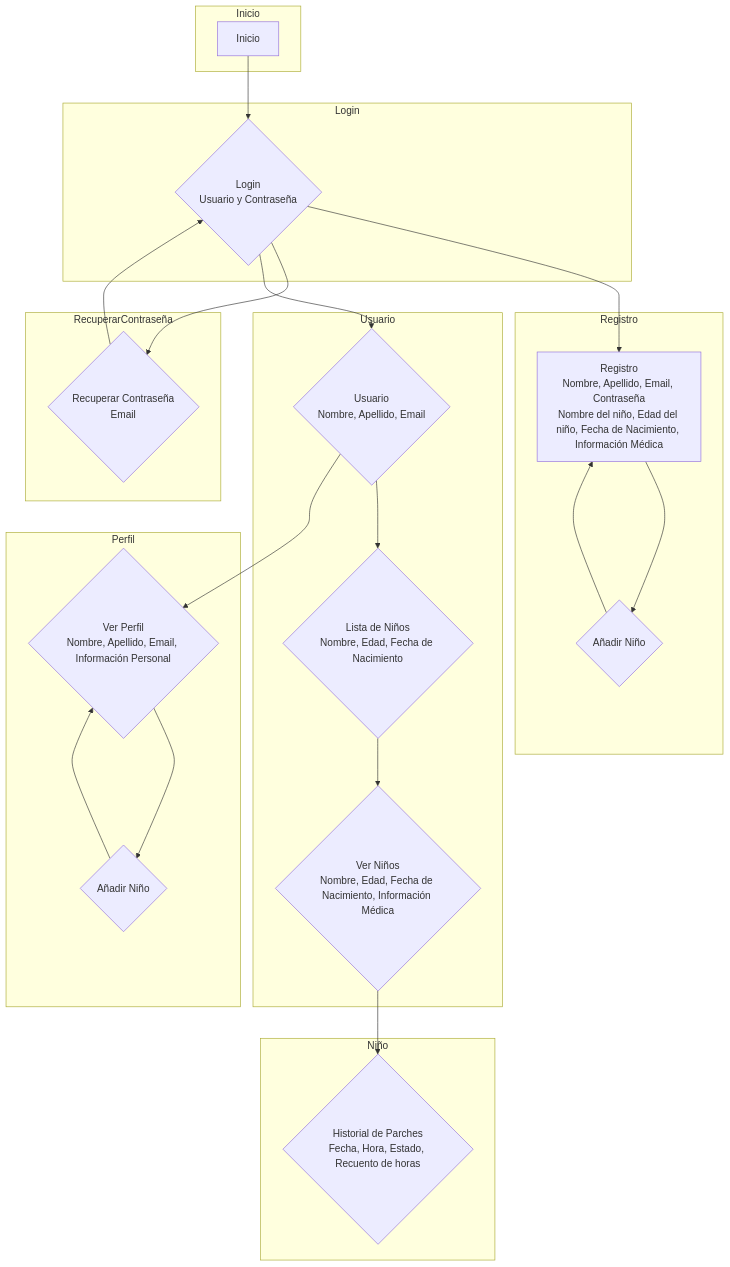
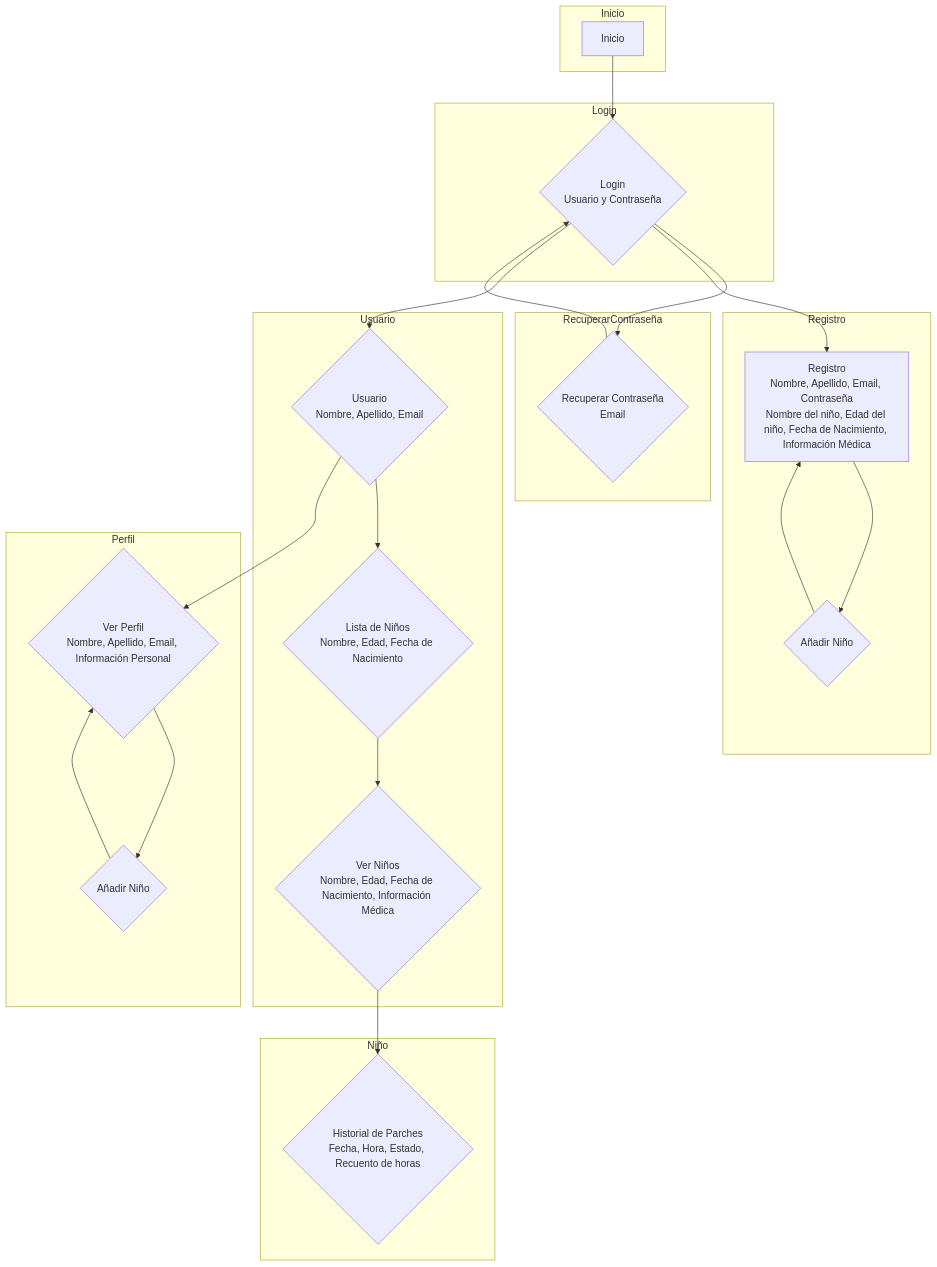
Before and after one commit to mactiburon/tapatapp: the diagram in Prototype1/DiagramaVista.mermaid, drawn with Mermaid. The commit also changed other lines of this file, not shown here.

Commit message:
DiagramaVista.mermaid

```diff
--- a/Prototype1/DiagramaVista.mermaid
+++ b/Prototype1/DiagramaVista.mermaid
@@ -1,40 +1,40 @@
 flowchart TD;
     subgraph Inicio
         A[Inicio]
     end
     subgraph Login
         B{Login<br>Usuario y Contraseña}
     end
     subgraph RecuperarContraseña
         F{Recuperar Contraseña<br>Email}
     end
     subgraph Registro
         C[Registro<br>Nombre, Apellido, Email, Contraseña<br>Nombre del niño, Edad del niño, Fecha de Nacimiento, Información Médica]
         E{Añadir Niño}
     end
     subgraph Usuario
         G{Usuario<br>Nombre, Apellido, Email}
         H{Lista de Niños<br>Nombre, Edad, Fecha de Nacimiento}
         I{Ver Niños<br>Nombre, Edad, Fecha de Nacimiento, Información Médica}
     end
     subgraph Perfil
         J{Ver Perfil<br>Nombre, Apellido, Email, Información Personal}
         L{Añadir Niño}
     end
     subgraph Niño
         K{Historial de Parches<br>Fecha, Hora, Estado, Recuento de horas}
     end
 
     A --> B
-    B --> C
     B --> F
     F --> B
+    B --> C
     C --> E
     E --> C
     B --> G
     G --> H
     G --> J
     H --> I
     I --> K
     J --> L
     L --> J
```
